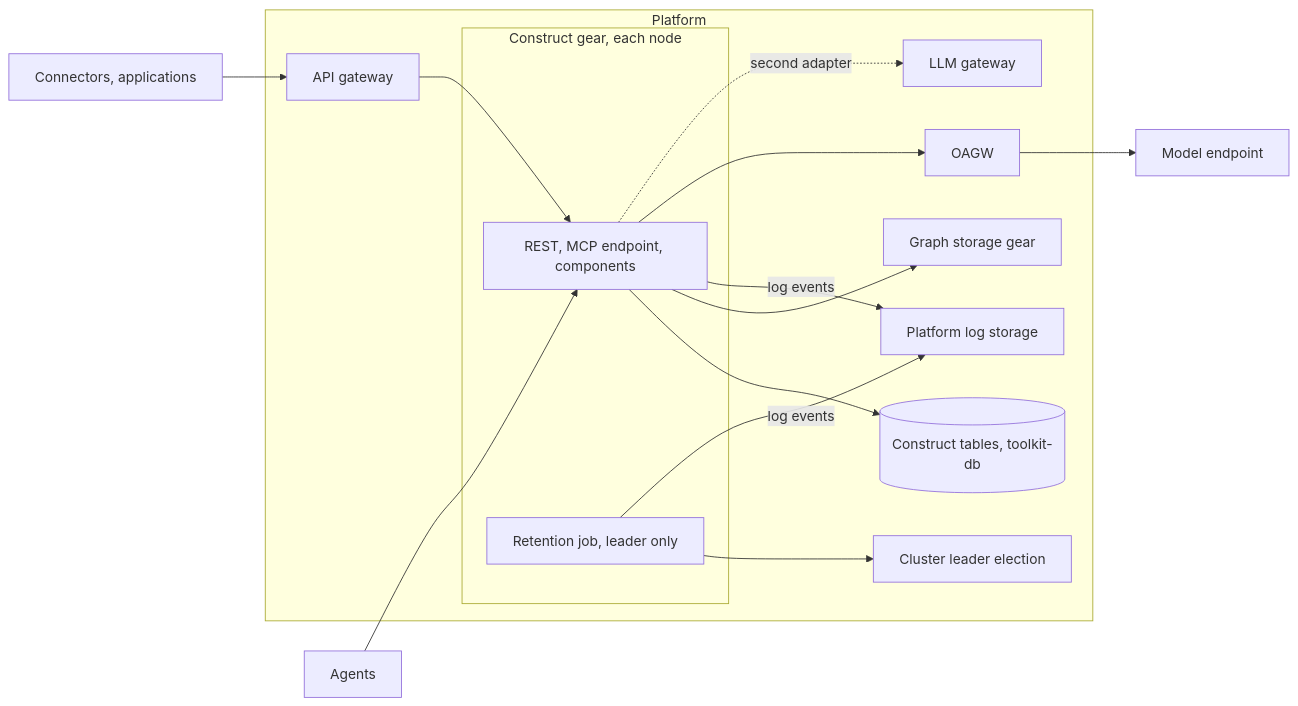
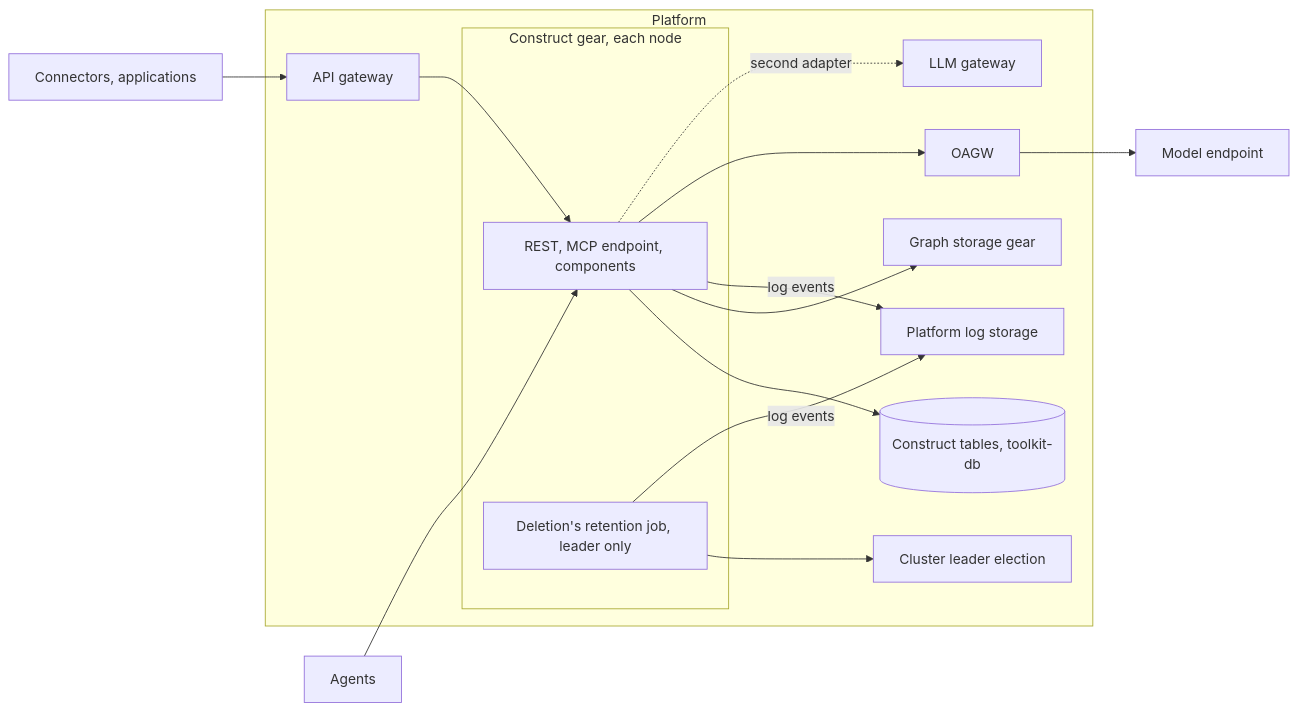
One commit to AndIConstructor/gears-rust changed the ninth of 9 diagrams in gears/construct/docs/DESIGN.md. Above: the diagram before and after it, drawn with Mermaid. The commit also changed other lines of this file and 1 other file, not shown here.

````diff
--- a/gears/construct/docs/DESIGN.md
+++ b/gears/construct/docs/DESIGN.md
@@ -977,26 +973,26 @@
 ```mermaid
 flowchart LR
     subgraph Platform
         GW["API gateway"]
         subgraph CG["Construct gear, each node"]
             C["REST, MCP endpoint, components"]
-            RJ["Retention job, leader only"]
+            RJ["Deletion's retention job, leader only"]
         end
         CL["Cluster leader election"]
         DB[("Construct tables, toolkit-db")]
         GS["Graph storage gear"]
         OA["OAGW"]
         LG["LLM gateway"]
         LS["Platform log storage"]
     end
     ME["Model endpoint"]
     Callers["Connectors, applications"] --> GW --> C
     Agents --> C
     RJ --> CL
     C --> DB
     C --> GS
     C -->|"log events"| LS
     RJ -->|"log events"| LS
     C --> OA --> ME
     C -.->|"second adapter"| LG
 ```
````
